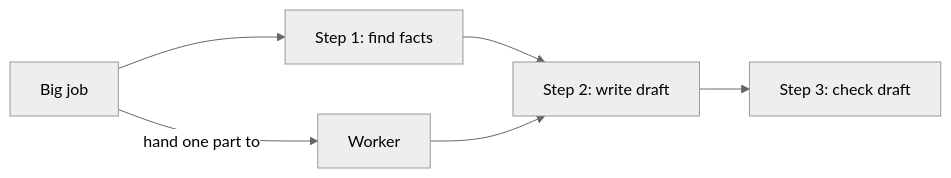
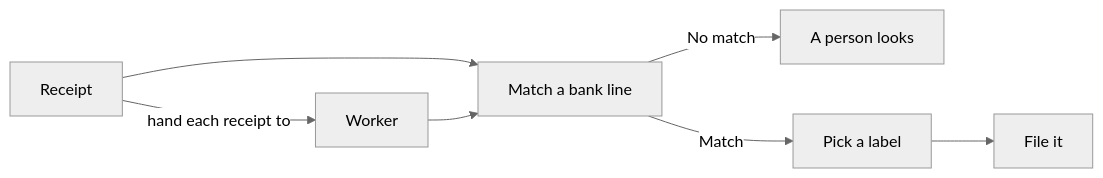
One commit to learnwithparam/agentic-ai-live-labs changed the diagram in docs/labs/30-chain-and-delegate.md. Above: the diagram before and after it, drawn with Mermaid (neutral theme). The commit also changed other lines of this file and 46 other files, not shown here.

````diff
--- a/docs/labs/30-chain-and-delegate.md
+++ b/docs/labs/30-chain-and-delegate.md
@@ -7,8 +7,9 @@
 ```mermaid
 flowchart LR
-  A["Big job"] --> B["Step 1: find facts"]
-  B --> C["Step 2: write draft"]
-  C --> D["Step 3: check draft"]
-  A -->|"hand one part to"| W["Worker"]
-  W --> C
+  A["Receipt"] --> B["Match a bank line"]
+  B -->|"No match"| P["A person looks"]
+  B -->|"Match"| C["Pick a label"]
+  C --> D["File it"]
+  A -->|"hand each receipt to"| W["Worker"]
+  W --> B
 ```
````
